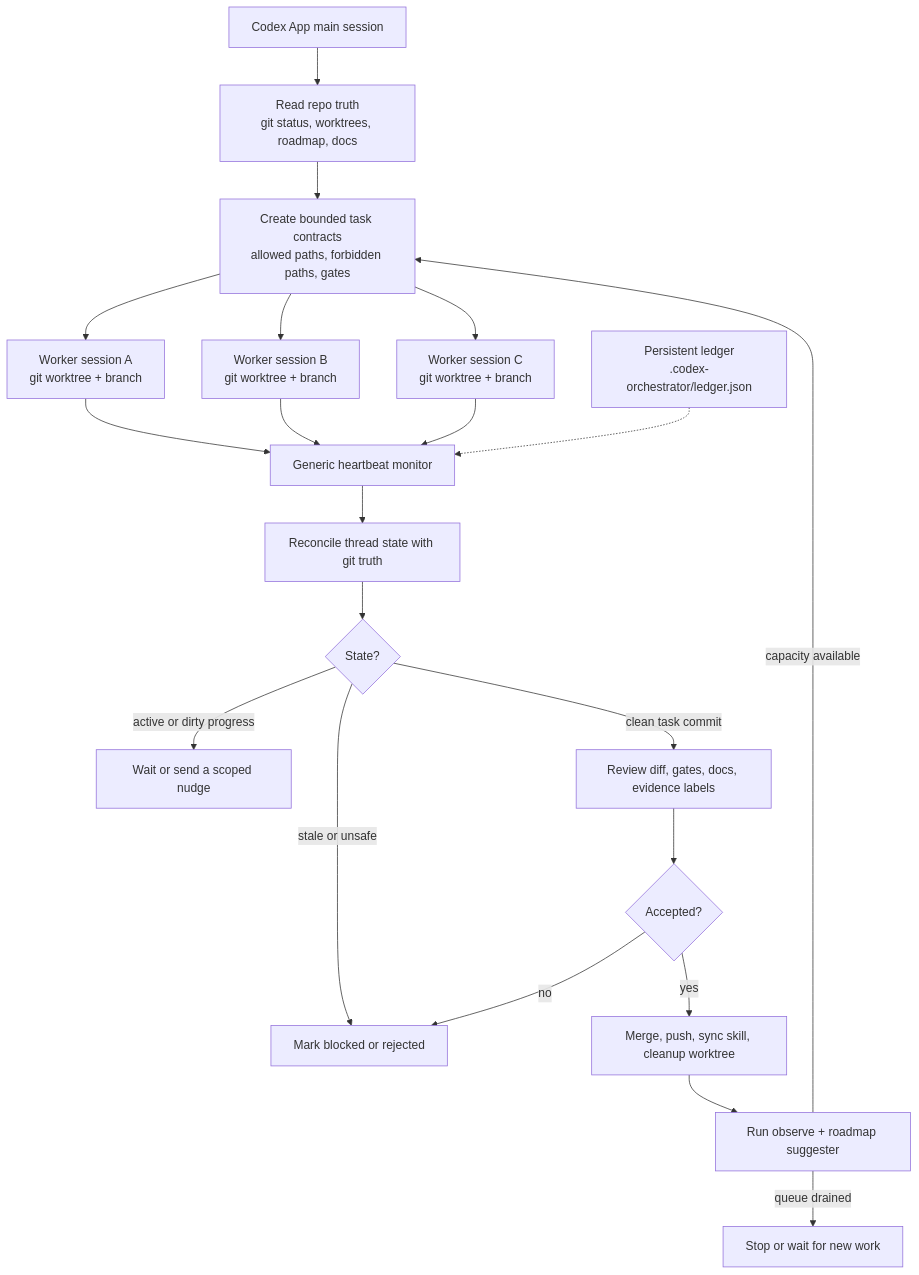
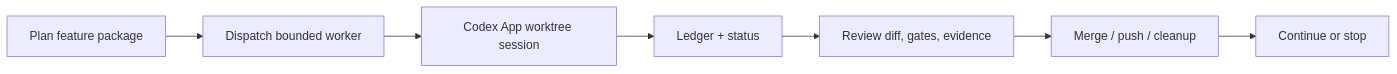
One commit to indiekitai/codex-orchestrator changed the diagram in README.md. Above: the diagram before and after it, drawn with Mermaid. The commit also changed other lines of this file and 5 other files, not shown here.

````diff
--- a/README.md
+++ b/README.md
@@ -167,24 +100,9 @@
 ```mermaid
-flowchart TD
-    app["Codex App main session"] --> read["Read repo truth<br/>git status, worktrees, roadmap, docs"]
-    read --> plan["Create bounded task contracts<br/>allowed paths, forbidden paths, gates"]
-    plan --> workerA["Worker session A<br/>git worktree + branch"]
-    plan --> workerB["Worker session B<br/>git worktree + branch"]
-    plan --> workerC["Worker session C<br/>git worktree + branch"]
-
-    workerA --> heartbeat["Generic heartbeat monitor"]
-    workerB --> heartbeat
-    workerC --> heartbeat
-    ledger["Persistent ledger<br/>.codex-orchestrator/ledger.json"] -.-> heartbeat
-    heartbeat --> inspect["Reconcile thread state with git truth"]
-    inspect --> active{"State?"}
-    active -->|"active or dirty progress"| wait["Wait or send a scoped nudge"]
-    active -->|"clean task commit"| review["Review diff, gates, docs, evidence labels"]
-    active -->|"stale or unsafe"| block["Mark blocked or rejected"]
-    review --> accepted{"Accepted?"}
-    accepted -->|"yes"| merge["Merge, push, sync skill, cleanup worktree"]
-    accepted -->|"no"| block
-    merge --> next["Run observe + roadmap suggester"]
-    next -->|"capacity available"| plan
-    next -->|"queue drained"| done["Stop or wait for new work"]
+flowchart LR
+    plan["Plan feature package"] --> dispatch["Dispatch bounded worker"]
+    dispatch --> worktree["Codex App worktree session"]
+    worktree --> ledger["Ledger + status"]
+    ledger --> review["Review diff, gates, evidence"]
+    review --> merge["Merge / push / cleanup"]
+    merge --> next["Continue or stop"]
 ```
````
